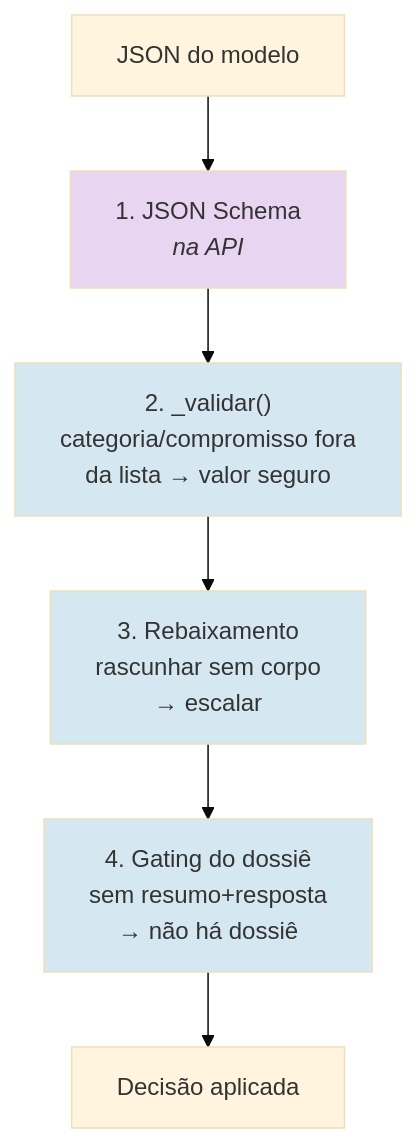
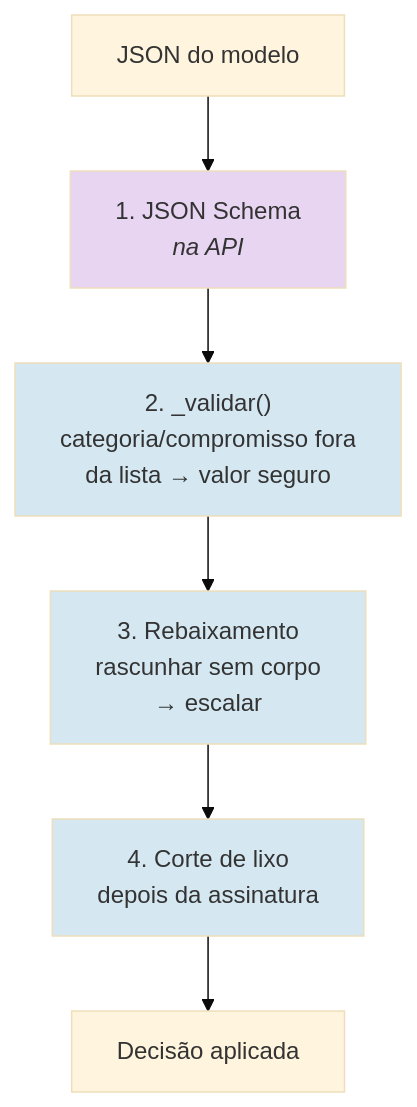
The third of 3 diagrams in docs/03-ai/ai-architecture.md (joaocarvalhini/Outlook-Reply-Assistant), drawn with Mermaid (base theme) before and after one commit. The commit also changed other lines of this file and 21 other files, not shown here.

````diff
--- a/docs/03-ai/ai-architecture.md
+++ b/docs/03-ai/ai-architecture.md
@@ -213,13 +217,13 @@
 ```mermaid
 flowchart TD
     A["JSON do modelo"] --> B["1. JSON Schema<br/><i>na API</i>"]
     B --> C["2. _validar()<br/>categoria/compromisso fora<br/>da lista → valor seguro"]
     C --> D["3. Rebaixamento<br/>rascunhar sem corpo<br/>→ escalar"]
-    D --> E["4. Gating do dossiê<br/>sem resumo+resposta<br/>→ não há dossiê"]
+    D --> E["4. Corte de lixo<br/>depois da assinatura"]
     E --> F["Decisão aplicada"]
 
     style B fill:#e8d5f2
     style C fill:#d5e8f2
     style D fill:#d5e8f2
     style E fill:#d5e8f2
 ```
````
